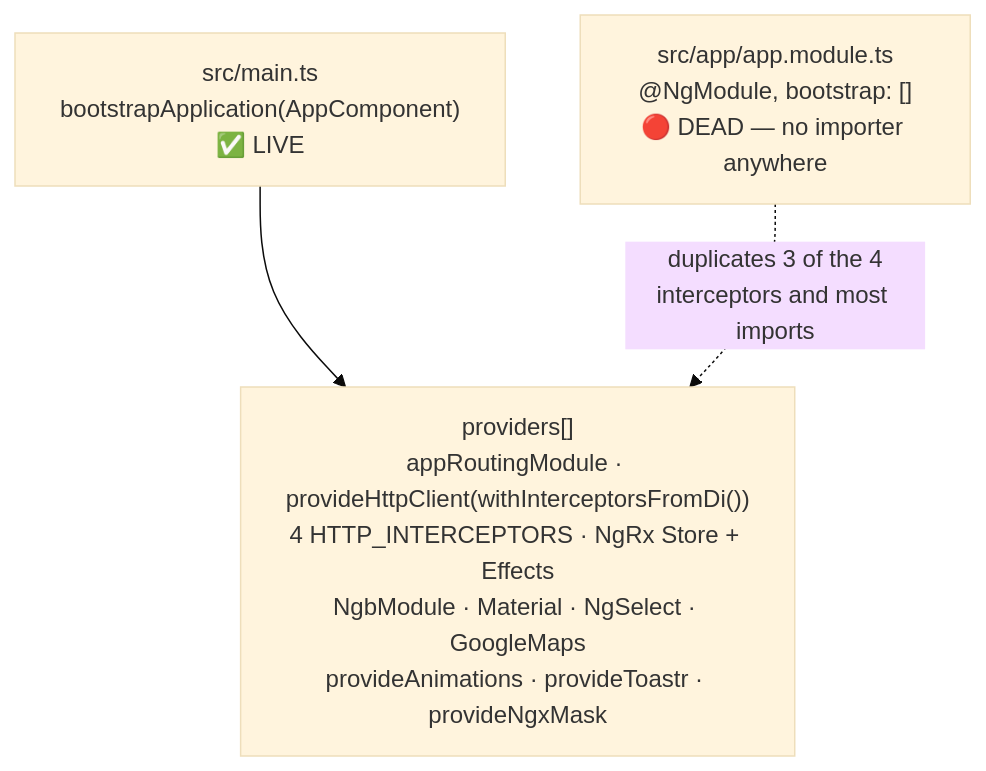
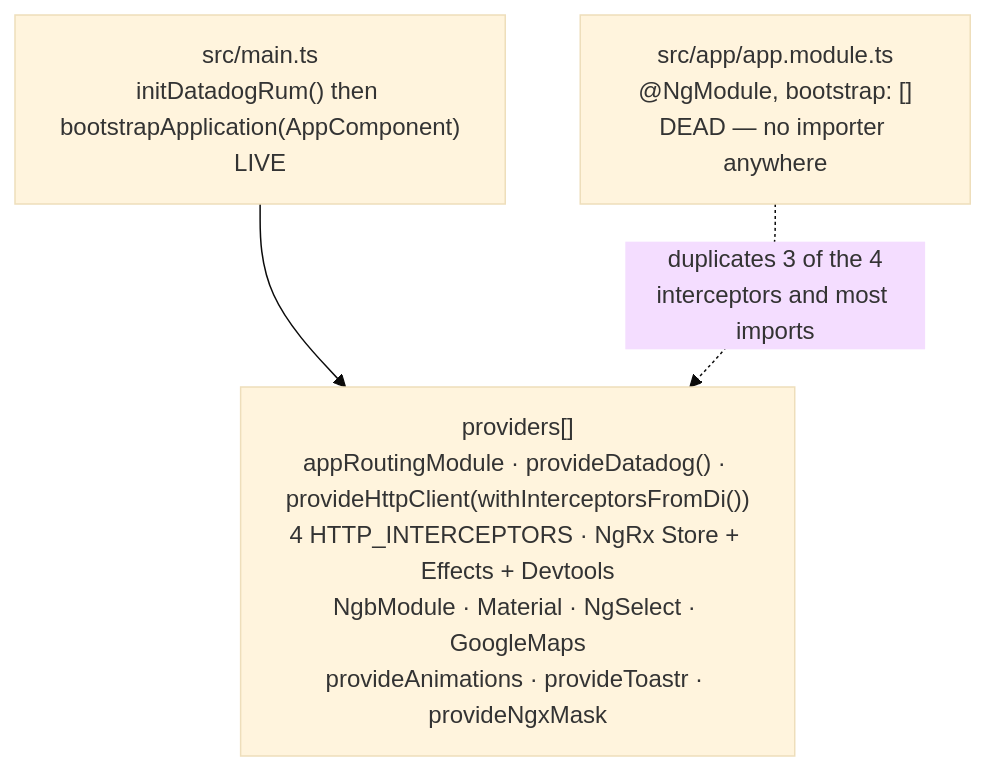
One commit to hemsingh-3PG/sai-systems-AIRE changed the first of 5 diagrams in docs/architecture/current/09-spa-shell-navigation-deep-dive.md. Above: the diagram before and after it, drawn with Mermaid (base theme). The commit also changed other lines of this file and 285 other files, not shown here.

````diff
--- a/docs/architecture/current/09-spa-shell-navigation-deep-dive.md
+++ b/docs/architecture/current/09-spa-shell-navigation-deep-dive.md
@@ -33,5 +56,5 @@
 ```mermaid
 flowchart TB
-  M["src/main.ts<br/>bootstrapApplication(AppComponent)<br/>✅ LIVE"] --> P["providers[]<br/>appRoutingModule · provideHttpClient(withInterceptorsFromDi())<br/>4 HTTP_INTERCEPTORS · NgRx Store + Effects<br/>NgbModule · Material · NgSelect · GoogleMaps<br/>provideAnimations · provideToastr · provideNgxMask"]
-  AM["src/app/app.module.ts<br/>@NgModule, bootstrap: []<br/>🔴 DEAD — no importer anywhere"] -.->|"duplicates 3 of the 4<br/>interceptors and most imports"| P
+  M["src/main.ts<br/>initDatadogRum() then bootstrapApplication(AppComponent)<br/>LIVE"] --> P["providers[]<br/>appRoutingModule · provideDatadog() · provideHttpClient(withInterceptorsFromDi())<br/>4 HTTP_INTERCEPTORS · NgRx Store + Effects + Devtools<br/>NgbModule · Material · NgSelect · GoogleMaps<br/>provideAnimations · provideToastr · provideNgxMask"]
+  AM["src/app/app.module.ts<br/>@NgModule, bootstrap: []<br/>DEAD — no importer anywhere"] -.->|"duplicates 3 of the 4<br/>interceptors and most imports"| P
 ```
````
